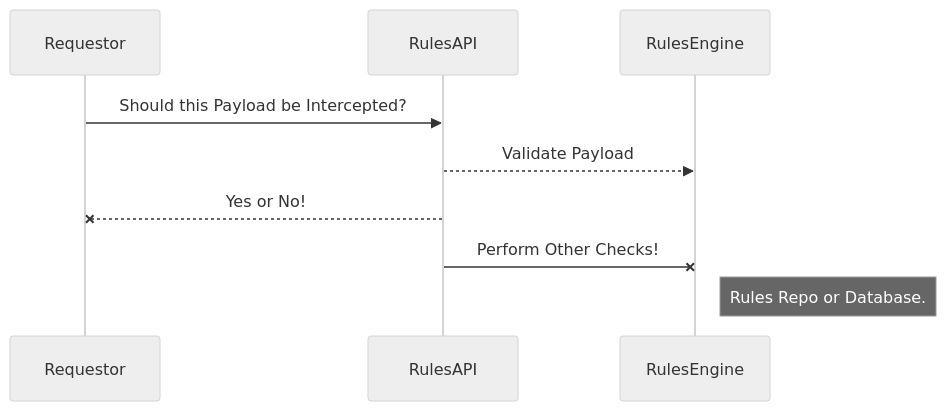
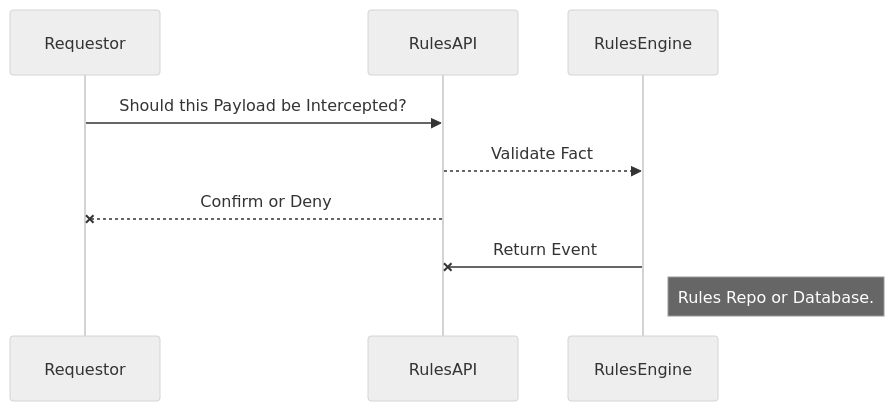
Before and after one commit to dasong666/sparklight: the first of 2 diagrams in README.md, drawn with Mermaid (neutral theme). The commit also changed other lines of this file, not shown here.

````diff
--- a/README.md
+++ b/README.md
@@ -24,8 +87,8 @@
 ```mermaid
 sequenceDiagram
 Requestor ->> RulesAPI: Should this Payload be Intercepted?
-RulesAPI-->>RulesEngine: Validate Payload
-RulesAPI--x Requestor: Yes or No!
-RulesAPI-x RulesEngine: Perform Other Checks!
+RulesAPI-->>RulesEngine: Validate Fact
+RulesAPI--x Requestor: Confirm or Deny
+RulesEngine-x RulesAPI: Return Event
 Note right of RulesEngine: Rules Repo or Database.
 ```
````
